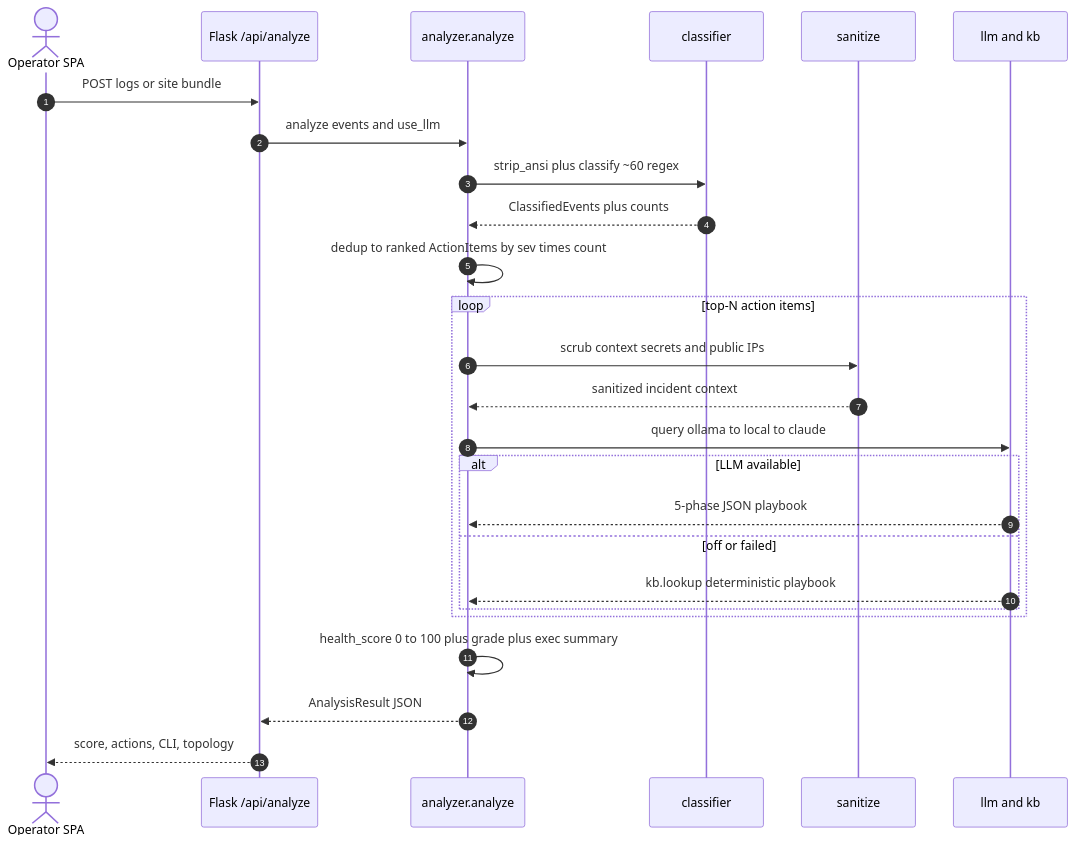
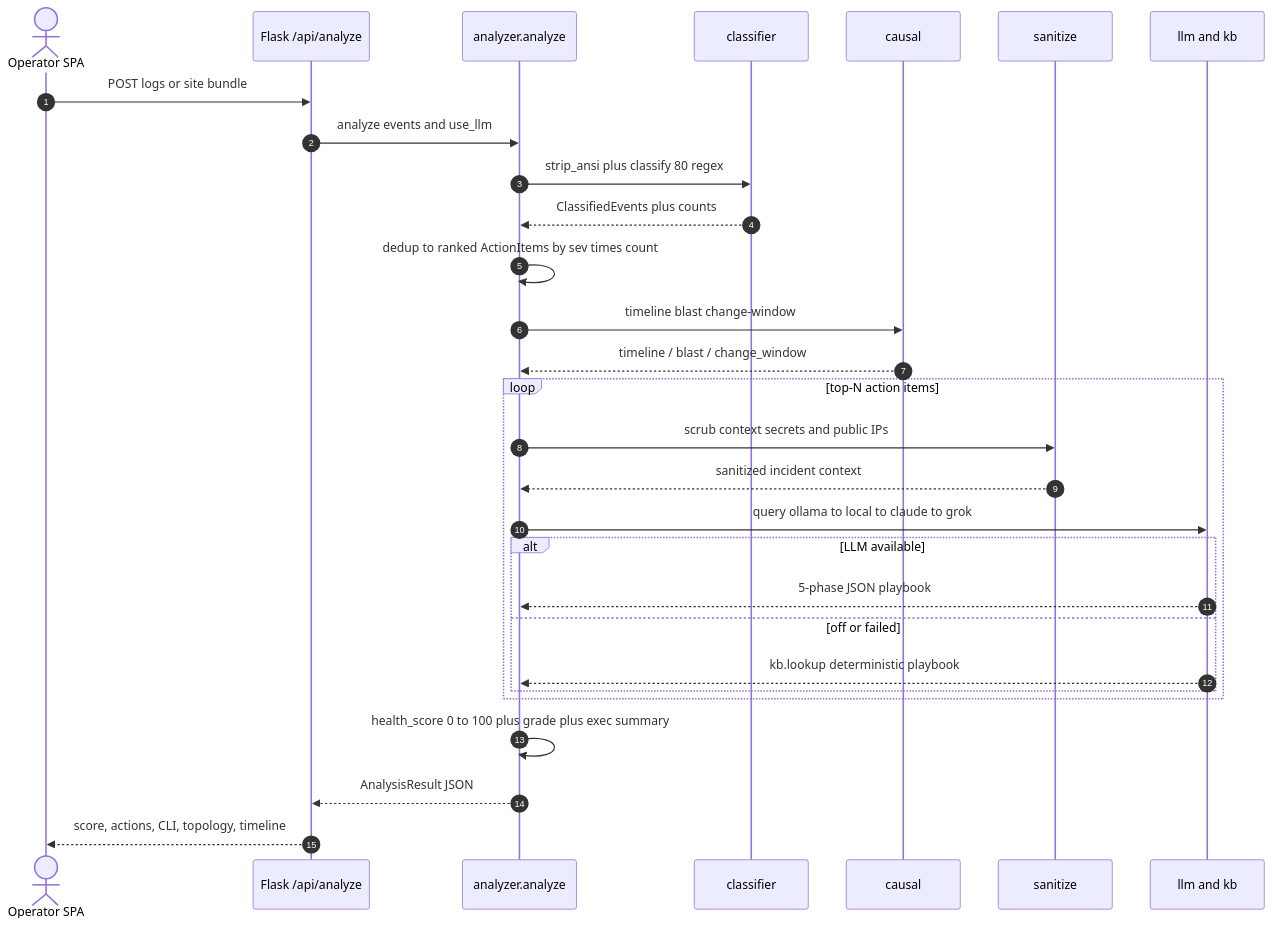
One commit to gesh75/netlog-ai changed the third of 7 diagrams in docs/ARCHITECTURE.md. Above: the diagram before and after it, drawn with Mermaid. The commit also changed other lines of this file and 5 other files, not shown here.

````diff
--- a/docs/ARCHITECTURE.md
+++ b/docs/ARCHITECTURE.md
@@ -128,29 +132,32 @@
 ```mermaid
 sequenceDiagram
     autonumber
     actor OP as Operator SPA
     participant API as Flask /api/analyze
     participant AN as analyzer.analyze
     participant CL as classifier
+    participant CA as causal
     participant SA as sanitize
     participant LK as llm and kb
 
     OP->>API: POST logs or site bundle
     API->>AN: analyze events and use_llm
-    AN->>CL: strip_ansi plus classify ~60 regex
+    AN->>CL: strip_ansi plus classify 80 regex
     CL-->>AN: ClassifiedEvents plus counts
     AN->>AN: dedup to ranked ActionItems by sev times count
+    AN->>CA: timeline blast change-window
+    CA-->>AN: timeline / blast / change_window
     loop top-N action items
         AN->>SA: scrub context secrets and public IPs
         SA-->>AN: sanitized incident context
-        AN->>LK: query ollama to local to claude
+        AN->>LK: query ollama to local to claude to grok
         alt LLM available
             LK-->>AN: 5-phase JSON playbook
         else off or failed
             LK-->>AN: kb.lookup deterministic playbook
         end
     end
     AN->>AN: health_score 0 to 100 plus grade plus exec summary
     AN-->>API: AnalysisResult JSON
-    API-->>OP: score, actions, CLI, topology
+    API-->>OP: score, actions, CLI, topology, timeline
 ```
````
